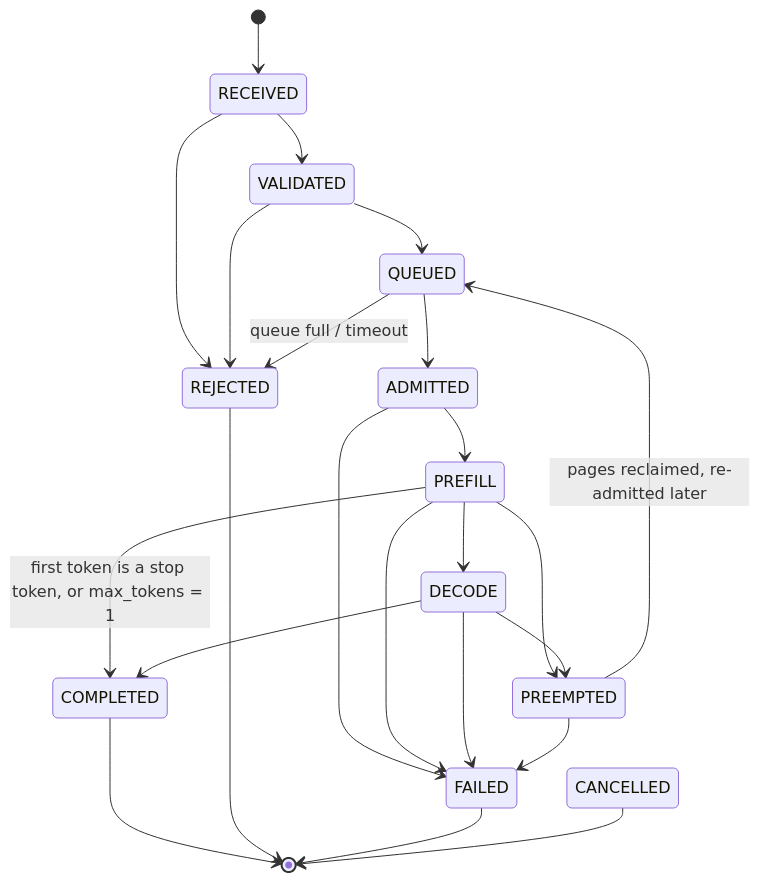
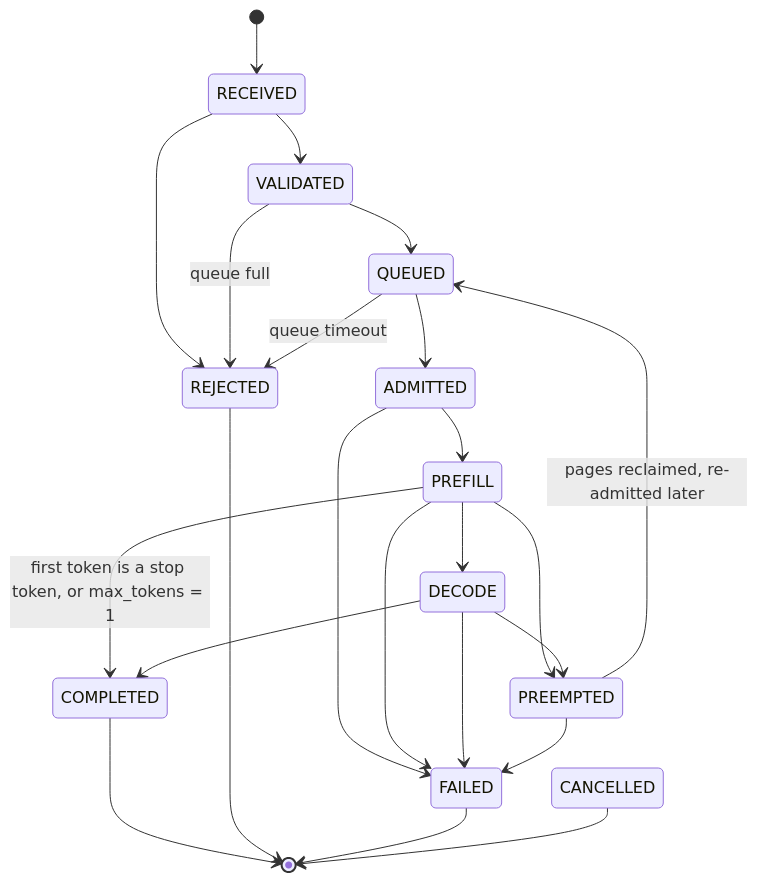
Before and after one commit to JayeshNikam36/NeuroServe: the diagram in docs/request-lifecycle.md, drawn with Mermaid. The commit also changed other lines of this file and 13 other files, not shown here.

First line of the commit message:
feat: bounded queue (429) and queue timeout (REJECTED, 503); validation tests (#23)

````diff
--- a/docs/request-lifecycle.md
+++ b/docs/request-lifecycle.md
@@ -7,25 +7,25 @@
 ```mermaid
 stateDiagram-v2
     [*] --> RECEIVED
     RECEIVED --> VALIDATED
     VALIDATED --> QUEUED
     QUEUED --> ADMITTED
     ADMITTED --> PREFILL
     PREFILL --> DECODE
     PREFILL --> COMPLETED: first token is a stop token, or max_tokens = 1
     DECODE --> COMPLETED
     PREFILL --> PREEMPTED
     DECODE --> PREEMPTED
     PREEMPTED --> QUEUED: pages reclaimed, re-admitted later
     RECEIVED --> REJECTED
-    VALIDATED --> REJECTED
-    QUEUED --> REJECTED: queue full / timeout
+    VALIDATED --> REJECTED: queue full
+    QUEUED --> REJECTED: queue timeout
     ADMITTED --> FAILED
     PREFILL --> FAILED
     DECODE --> FAILED
     PREEMPTED --> FAILED
     COMPLETED --> [*]
     REJECTED --> [*]
     FAILED --> [*]
     CANCELLED --> [*]
 ```
````
